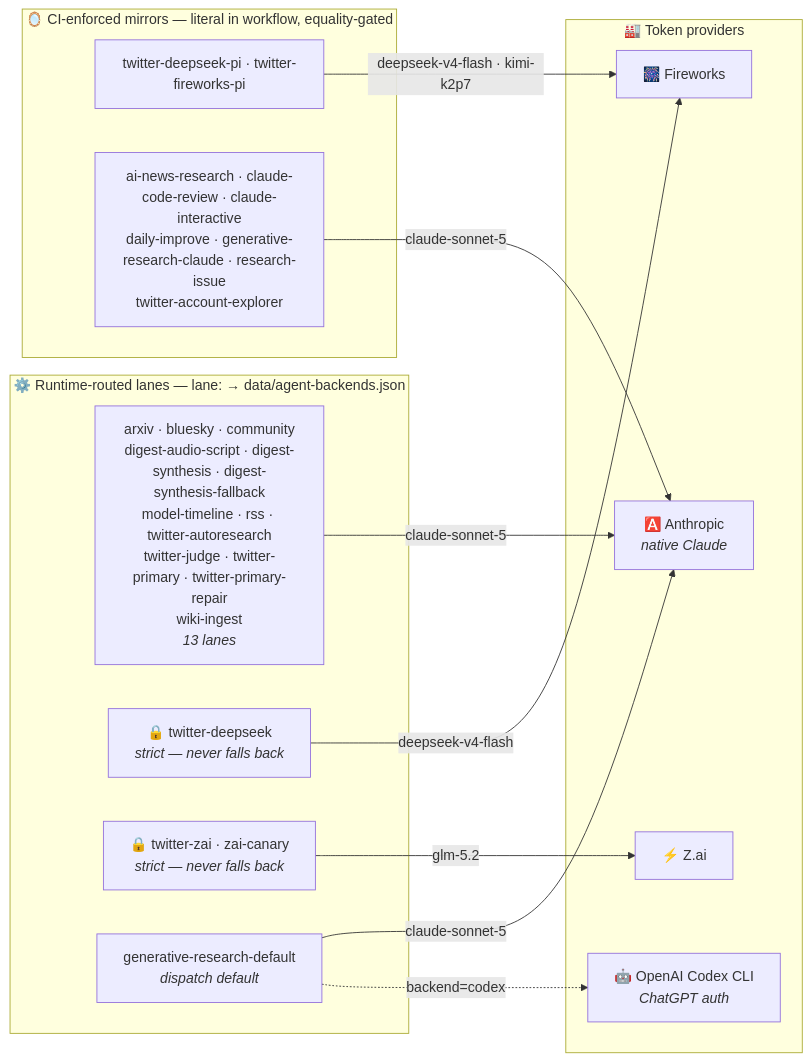
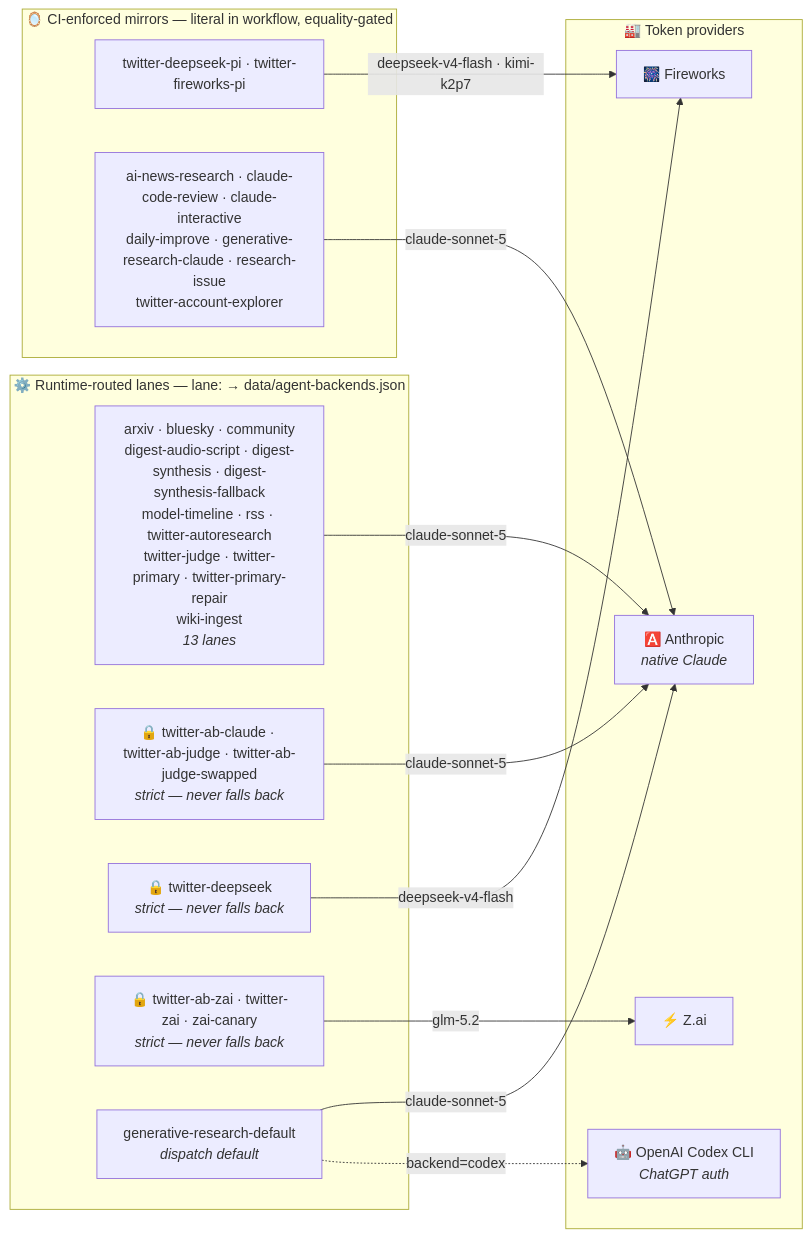
The second of 3 diagrams in README.md (guzus/ai-research-arm), drawn with Mermaid before and after one commit. The commit also changed 13 other files, not shown here.

First line of the commit message:
Add Twitter model A/B eval harness (claude-sonnet-5 vs GLM-5.2 via Z.ai)

````diff
--- a/README.md
+++ b/README.md
@@ -147,26 +147,28 @@
 ```mermaid
 flowchart LR
     subgraph runtime["⚙️ Runtime-routed lanes — lane: → data/agent-backends.json"]
         lanes0["arxiv · bluesky · community<br/>digest-audio-script · digest-synthesis · digest-synthesis-fallback<br/>model-timeline · rss · twitter-autoresearch<br/>twitter-judge · twitter-primary · twitter-primary-repair<br/>wiki-ingest<br/><i>13 lanes</i>"]
-        strict0["🔒 twitter-deepseek<br/><i>strict — never falls back</i>"]
-        strict1["🔒 twitter-zai · zai-canary<br/><i>strict — never falls back</i>"]
+        strict0["🔒 twitter-ab-claude · twitter-ab-judge · twitter-ab-judge-swapped<br/><i>strict — never falls back</i>"]
+        strict1["🔒 twitter-deepseek<br/><i>strict — never falls back</i>"]
+        strict2["🔒 twitter-ab-zai · twitter-zai · zai-canary<br/><i>strict — never falls back</i>"]
         gendef["generative-research-default<br/><i>dispatch default</i>"]
     end
     subgraph mirrors["🪞 CI-enforced mirrors — literal in workflow, equality-gated"]
         pi["twitter-deepseek-pi · twitter-fireworks-pi"]
         native["ai-news-research · claude-code-review · claude-interactive<br/>daily-improve · generative-research-claude · research-issue<br/>twitter-account-explorer"]
     end
     subgraph providers["🏭 Token providers"]
         FW["🎆 Fireworks"]
         ZAI["⚡ Z.ai"]
         ANT["🅰️ Anthropic<br/><i>native Claude</i>"]
         OAI["🤖 OpenAI Codex CLI<br/><i>ChatGPT auth</i>"]
     end
     lanes0 -->|"claude-sonnet-5"| ANT
-    strict0 -->|"deepseek-v4-flash"| FW
-    strict1 -->|"glm-5.2"| ZAI
+    strict0 -->|"claude-sonnet-5"| ANT
+    strict1 -->|"deepseek-v4-flash"| FW
+    strict2 -->|"glm-5.2"| ZAI
     gendef -->|"claude-sonnet-5"| ANT
     pi -->|"deepseek-v4-flash · kimi-k2p7"| FW
     native -->|"claude-sonnet-5"| ANT
     gendef -.->|"backend=codex"| OAI
 ```
````
